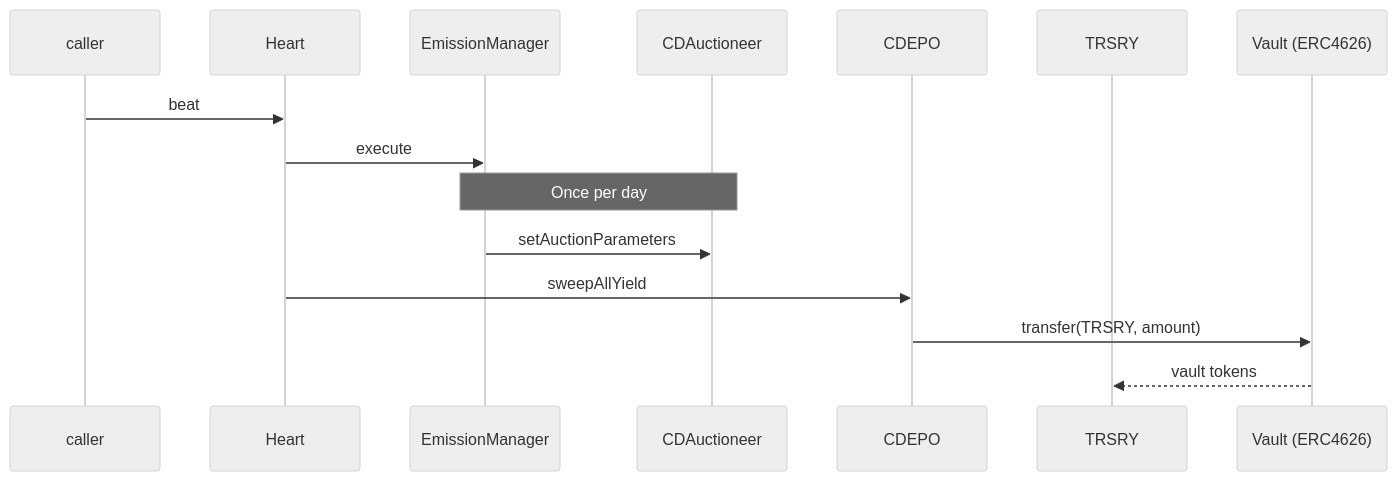
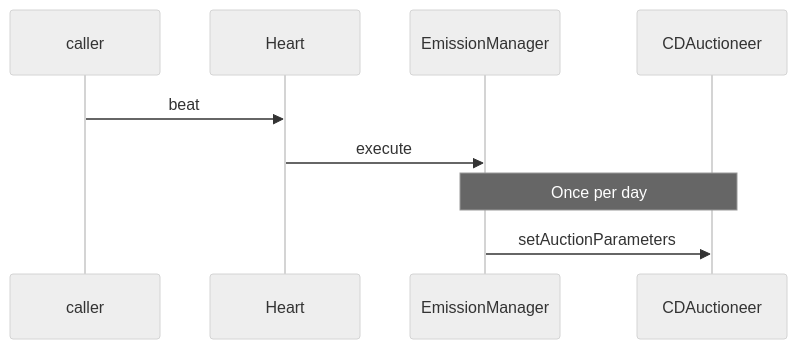
Before and after one commit to OlympusDAO/olympus-v3: the second of 7 diagrams in audit/2025-01_convertible-deposits/README.md, drawn with Mermaid (neutral theme). The commit also changed other lines of this file, not shown here.

````diff
--- a/audit/2025-01_convertible-deposits/README.md
+++ b/audit/2025-01_convertible-deposits/README.md
@@ -221,18 +242,12 @@
 ```mermaid
 sequenceDiagram
     participant caller
     participant Heart
     participant EmissionManager
     participant CDAuctioneer
-    participant CDEPO
-    participant TRSRY
-    participant VaultToken as Vault (ERC4626)
 
     caller->>Heart: beat
     Heart->>EmissionManager: execute
     note over EmissionManager, CDAuctioneer: Once per day
     EmissionManager->>CDAuctioneer: setAuctionParameters
-    Heart->>CDEPO: sweepAllYield
-    CDEPO->>VaultToken: transfer(TRSRY, amount)
-    VaultToken-->>TRSRY: vault tokens
 ```
````
